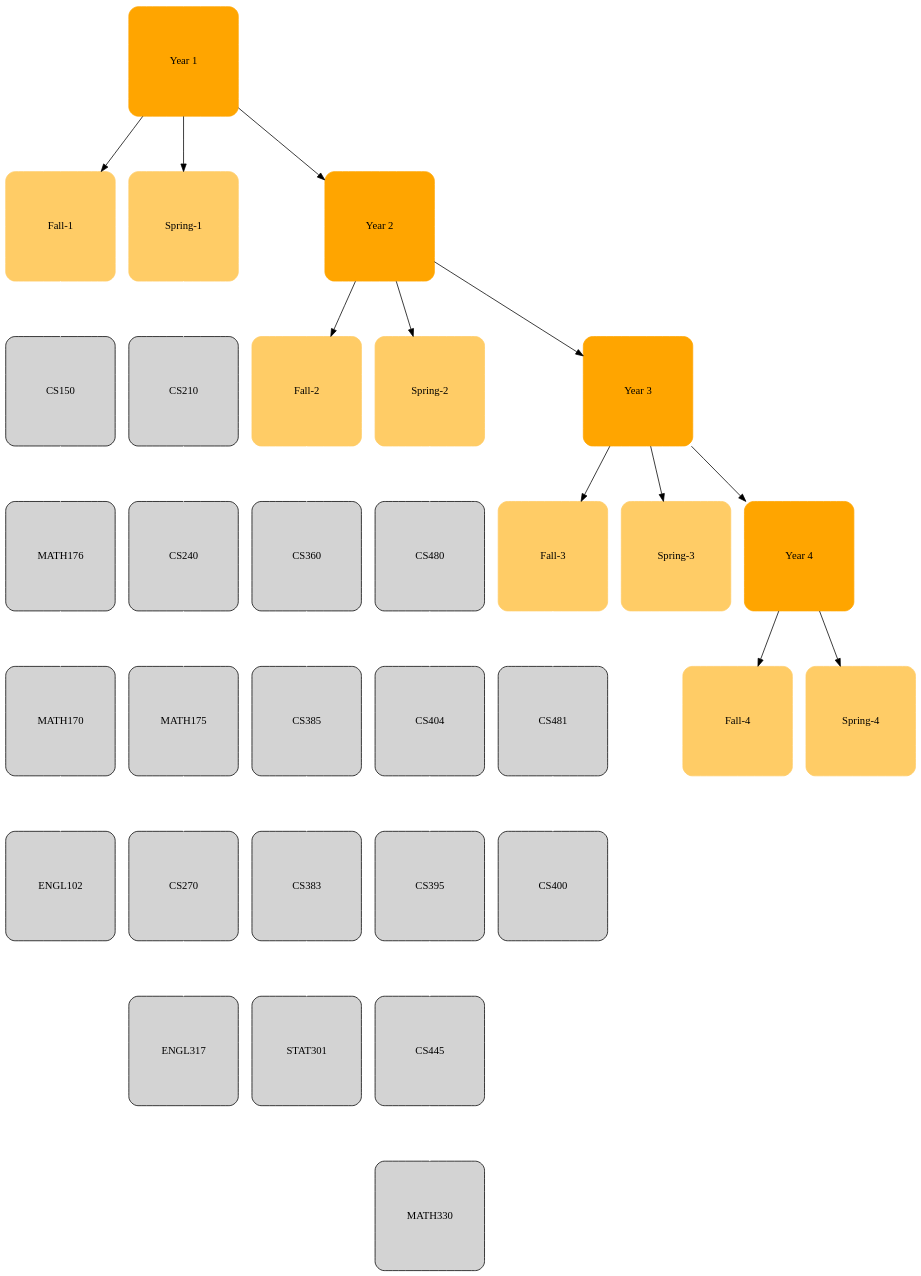
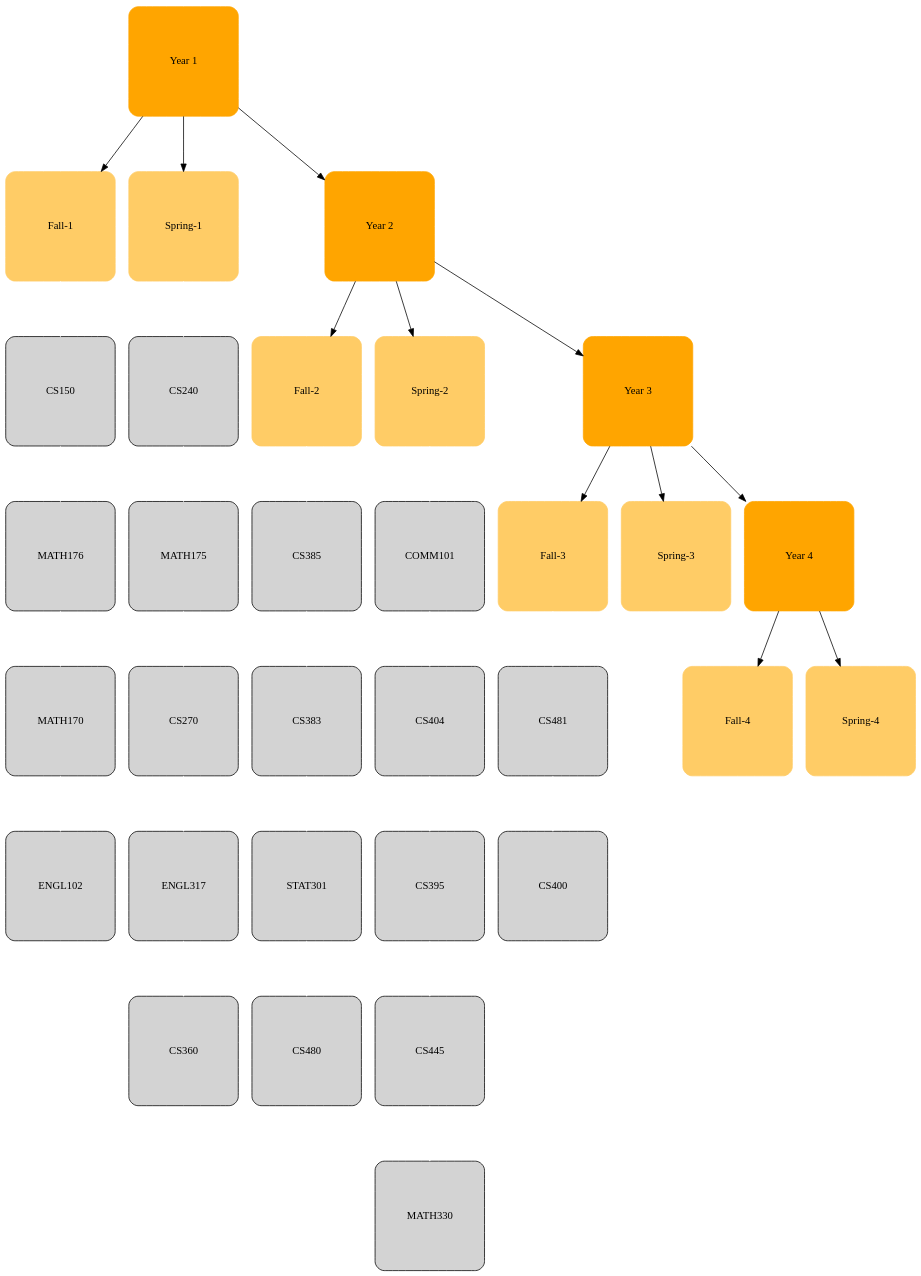
One commit to badgerlaxman/ProViso2023 changed the diagram in ProvisoLaravel/public/dotfiles/recommendationsgraph.dot. Above: the diagram before and after it, drawn with Graphviz. The commit also changed 2 other files, not shown here.

Commit message:
updated graph display in dashboard

```diff
--- a/ProvisoLaravel/public/dotfiles/recommendationsgraph.dot
+++ b/ProvisoLaravel/public/dotfiles/recommendationsgraph.dot
@@ -1,48 +1,48 @@
 digraph {
   graph [bgcolor="transparent" rankdir="TB" pad=1 compound="true" forcelabels="true"]
   node [shape="square" style="rounded,filled" width=2 fixedsize="shape"]
   edge [minlen=2]
   "Year 1" [color="orange"]
   "Fall-1" [color="#FFCC66"]
   "Spring-1" [color="#FFCC66"]
   "Year 2" [color="orange"]
   "Fall-2" [color="#FFCC66"]
   "Spring-2" [color="#FFCC66"]
   "Year 3" [color="orange"]
   "Fall-3" [color="#FFCC66"]
   "Spring-3" [color="#FFCC66"]
   "Year 4" [color="orange"]
   "Fall-4" [color="#FFCC66"]
   "Spring-4" [color="#FFCC66"]
   "Year 1" -> "Fall-1"
   "Year 1" -> "Spring-1"
   "Year 1" -> "Year 2"
   "Year 2" -> "Fall-2"
   "Year 2" -> "Spring-2"
   "Year 2" -> "Year 3"
   "Year 3" -> "Fall-3"
   "Year 3" -> "Spring-3"
   "Year 3" -> "Year 4"
   "Year 4" -> "Fall-4"
   "Year 4" -> "Spring-4"
   "Fall-1" -> "CS150" [color="white"]
   "CS150" -> "MATH176" [color="white"]
   "MATH176" -> "MATH170" [color="white"]
   "MATH170" -> "ENGL102" [color="white"]
-  "Spring-1" -> "CS210" [color="white"]
-  "CS210" -> "CS240" [color="white"]
+  "Spring-1" -> "CS240" [color="white"]
   "CS240" -> "MATH175" [color="white"]
   "MATH175" -> "CS270" [color="white"]
   "CS270" -> "ENGL317" [color="white"]
-  "Fall-2" -> "CS360" [color="white"]
-  "CS360" -> "CS385" [color="white"]
+  "ENGL317" -> "CS360" [color="white"]
+  "Fall-2" -> "CS385" [color="white"]
   "CS385" -> "CS383" [color="white"]
   "CS383" -> "STAT301" [color="white"]
-  "Spring-2" -> "CS480" [color="white"]
-  "CS480" -> "CS404" [color="white"]
+  "STAT301" -> "CS480" [color="white"]
+  "Spring-2" -> "COMM101" [color="white"]
+  "COMM101" -> "CS404" [color="white"]
   "CS404" -> "CS395" [color="white"]
   "CS395" -> "CS445" [color="white"]
   "CS445" -> "MATH330" [color="white"]
   "Fall-3" -> "CS481" [color="white"]
   "CS481" -> "CS400" [color="white"]
 }
```
